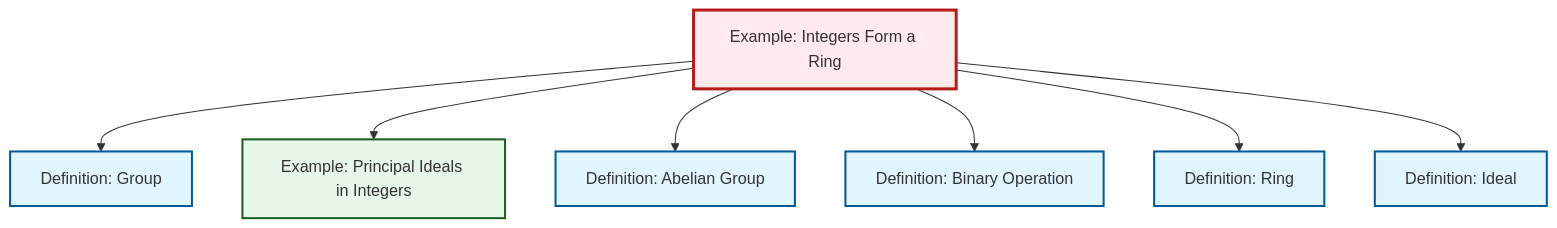
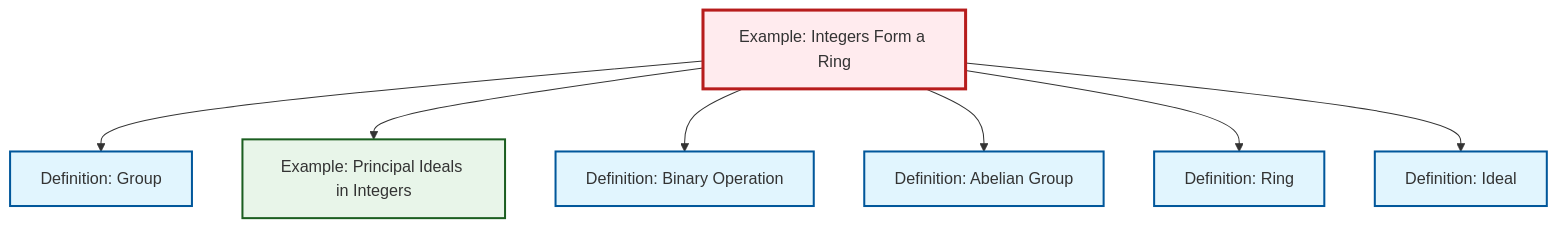
Before and after one commit to RK0429/ModernMath: the diagram in content/en/algebra/ex-integers-ring.qmd, drawn with Mermaid. The commit also changed other lines of this file and 531 other files, not shown here.

````diff
--- a/content/en/algebra/ex-integers-ring.qmd
+++ b/content/en/algebra/ex-integers-ring.qmd
@@ -64,29 +64,29 @@
 ```{mermaid}
 %%| fig-cap: "Local dependency graph"
 graph TD
     classDef definition fill:#e1f5fe,stroke:#01579b,stroke-width:2px
     classDef theorem fill:#f3e5f5,stroke:#4a148c,stroke-width:2px
     classDef axiom fill:#fff3e0,stroke:#e65100,stroke-width:2px
     classDef example fill:#e8f5e9,stroke:#1b5e20,stroke-width:2px
     classDef current fill:#ffebee,stroke:#b71c1c,stroke-width:3px
     def-ideal["Definition: Ideal"]:::definition
-    ex-principal-ideal["Example: Principal Ideals in Integers"]:::example
+    def-abelian-group["Definition: Abelian Group"]:::definition
+    def-group["Definition: Group"]:::definition
+    ex-integers-ring["Example: Integers Form a Ring"]:::example
     def-binary-operation["Definition: Binary Operation"]:::definition
     def-ring["Definition: Ring"]:::definition
-    def-group["Definition: Group"]:::definition
-    def-abelian-group["Definition: Abelian Group"]:::definition
-    ex-integers-ring["Example: Integers Form a Ring"]:::example
+    ex-principal-ideal["Example: Principal Ideals in Integers"]:::example
     ex-integers-ring --> def-group
     ex-integers-ring --> ex-principal-ideal
+    ex-integers-ring --> def-binary-operation
     ex-integers-ring --> def-abelian-group
-    ex-integers-ring --> def-binary-operation
     ex-integers-ring --> def-ring
     ex-integers-ring --> def-ideal
     class ex-integers-ring current
     click def-ideal "def-ideal.html" "Go to Ideal definition"
-    click ex-principal-ideal "ex-principal-ideal.html" "Go to Principal Ideals in Integers example"
+    click def-abelian-group "def-abelian-group.html" "Go to Abelian Group definition"
+    click def-group "def-group.html" "Go to Group definition"
     click def-binary-operation "def-binary-operation.html" "Go to Binary Operation definition"
     click def-ring "def-ring.html" "Go to Ring definition"
-    click def-group "def-group.html" "Go to Group definition"
-    click def-abelian-group "def-abelian-group.html" "Go to Abelian Group definition"
+    click ex-principal-ideal "ex-principal-ideal.html" "Go to Principal Ideals in Integers example"
 ```
````
